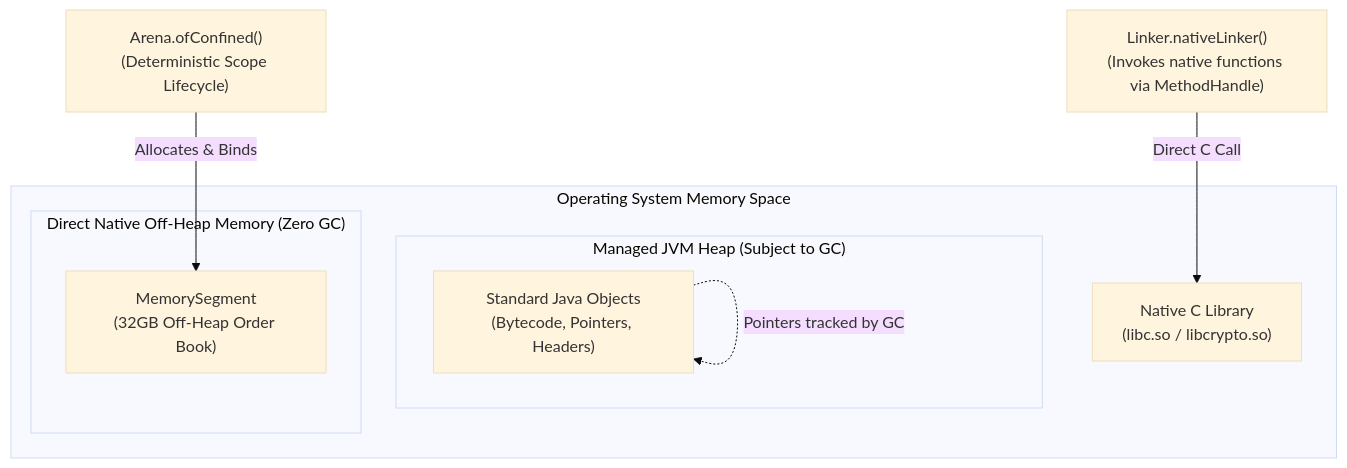
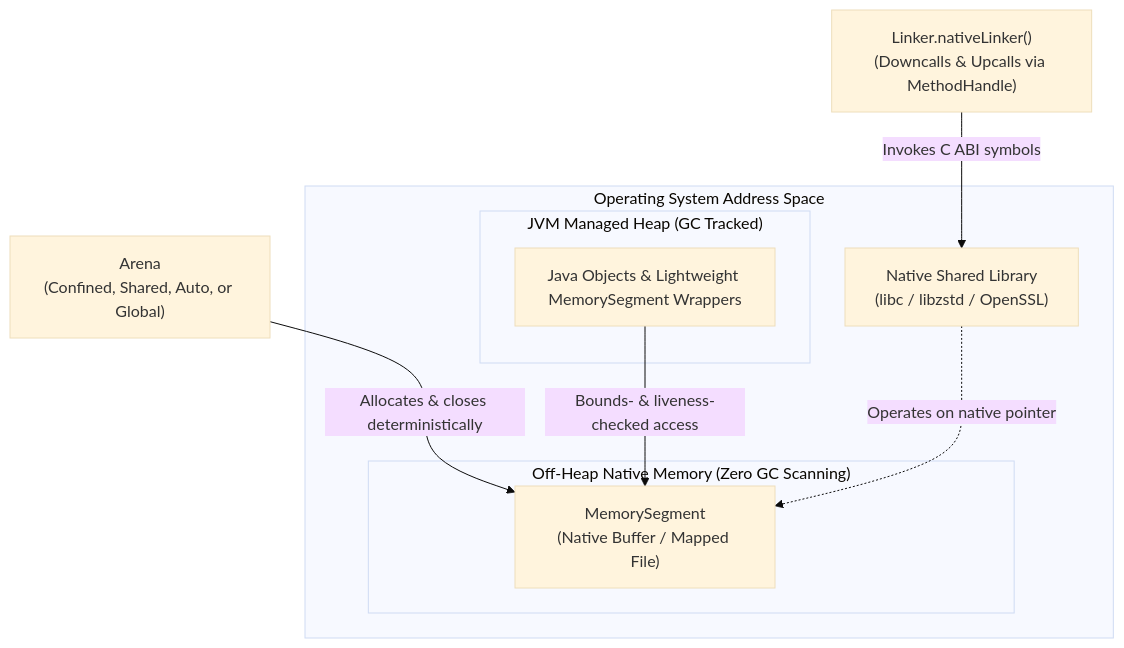
One commit to ravishankar2463/java_hub changed the diagram in content/roadmap/level-15/project-panama-foreign-function-memory-api.md. Above: the diagram before and after it, drawn with Mermaid (base theme). The commit also changed other lines of this file and 119 other files, not shown here.

Commit message:
feat: add comprehensive java learning roadmap content across multiple levels

````diff
--- a/content/roadmap/level-15/project-panama-foreign-function-memory-api.md
+++ b/content/roadmap/level-15/project-panama-foreign-function-memory-api.md
@@ -28,21 +21,22 @@
 ```mermaid
 flowchart TD
-    subgraph HostOS ["Operating System Memory Space"]
-        subgraph JVMHeap ["Managed JVM Heap (Subject to GC)"]
-            Obj1["Standard Java Objects<br/>(Bytecode, Pointers, Headers)"]
+    subgraph OS["Operating System Address Space"]
+        subgraph Heap["JVM Managed Heap (GC Tracked)"]
+            Handle["Java Objects &amp; Lightweight MemorySegment Wrappers"]
         end
 
-        subgraph OffHeap ["Direct Native Off-Heap Memory (Zero GC)"]
-            NativeBuf["MemorySegment<br/>(32GB Off-Heap Order Book)"]
+        subgraph NativeMem["Off-Heap Native Memory (Zero GC Scanning)"]
+            Seg["MemorySegment<br/>(Native Buffer / Mapped File)"]
         end
 
-        C_Lib["Native C Library<br/>(libc.so / libcrypto.so)"]
+        CLib["Native Shared Library<br/>(libc / libzstd / OpenSSL)"]
     end
 
-    Arena["Arena.ofConfined()<br/>(Deterministic Scope Lifecycle)"]
-    Linker["Linker.nativeLinker()<br/>(Invokes native functions via MethodHandle)"]
+    Arena["Arena<br/>(Confined, Shared, Auto, or Global)"]
+    Linker["Linker.nativeLinker()<br/>(Downcalls &amp; Upcalls via MethodHandle)"]
 
-    Arena -->|Allocates & Binds| NativeBuf
-    Linker -->|Direct C Call| C_Lib
-    Obj1 -.->|Pointers tracked by GC| Obj1
+    Arena -->|"Allocates &amp; closes deterministically"| Seg
+    Handle -->|"Bounds- &amp; liveness-checked access"| Seg
+    Linker -->|"Invokes C ABI symbols"| CLib
+    CLib -.->|"Operates on native pointer"| Seg
 ```
````
